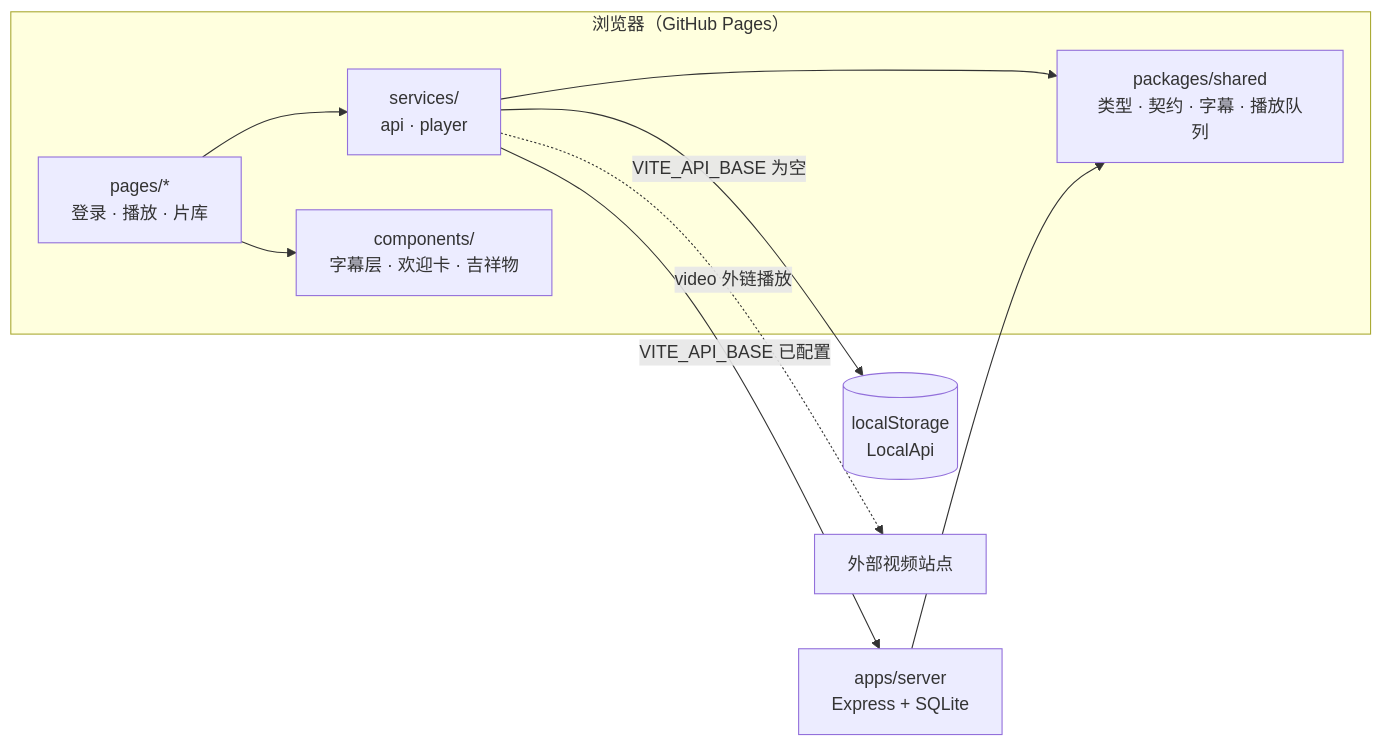
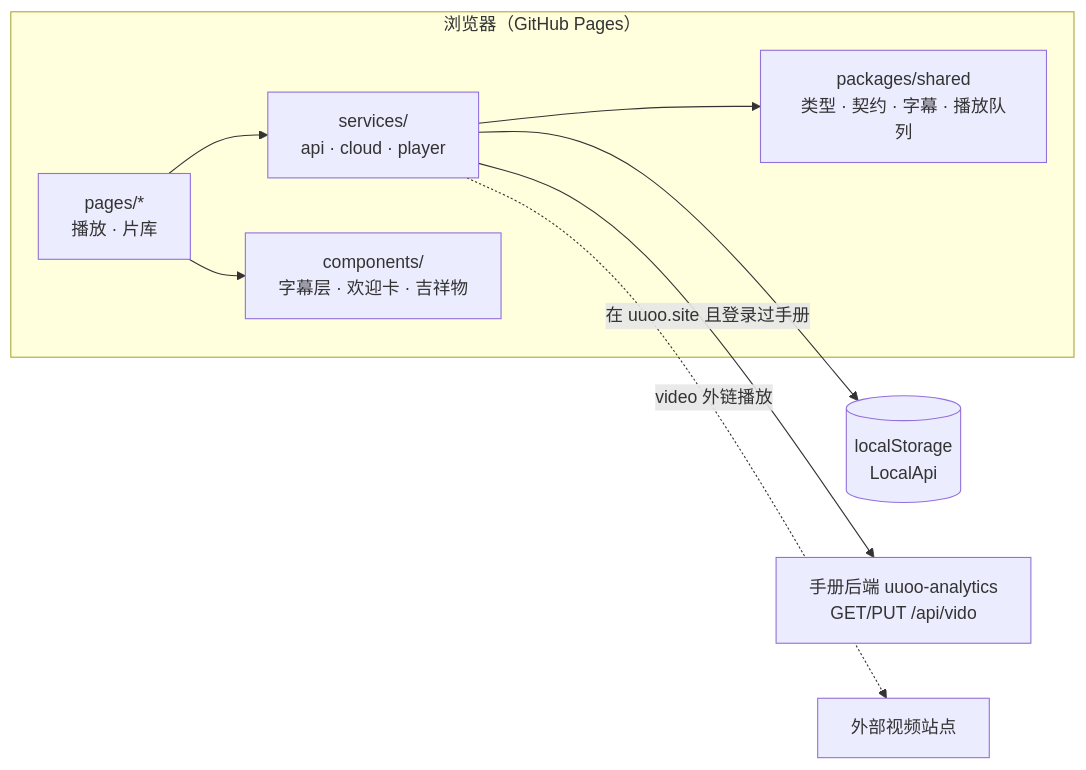
One commit to 717986230/rj-yy changed the diagram in docs/ARCHITECTURE.md. Above: the diagram before and after it, drawn with Mermaid. The commit also changed other lines of this file and 36 other files, not shown here.

First line of the commit message:
Vido 后端并入手册后端：删掉 apps/worker 和 apps/server，改为同步到手册账号

````diff
--- a/docs/ARCHITECTURE.md
+++ b/docs/ARCHITECTURE.md
@@ -5,12 +5,11 @@
 ```mermaid
 flowchart LR
   subgraph Browser["浏览器（GitHub Pages）"]
-    Pages["pages/*\n登录 · 播放 · 片库"] --> Services
-    Services["services/\napi · player"] --> Shared
+    Pages["pages/*\n播放 · 片库"] --> Services
+    Services["services/\napi · cloud · player"] --> Shared["packages/shared\n类型 · 契约 · 字幕 · 播放队列"]
     Pages --> Components["components/\n字幕层 · 欢迎卡 · 吉祥物"]
   end
-  Services -- "VITE_API_BASE 为空" --> Local[(localStorage\nLocalApi)]
-  Services -- "VITE_API_BASE 已配置" --> Server["apps/server\nExpress + SQLite"]
-  Server --> Shared["packages/shared\n类型 · 契约 · 字幕 · 播放队列"]
+  Services --> Local[(localStorage\nLocalApi)]
+  Services -- "在 uuoo.site 且登录过手册" --> Handbook["手册后端 uuoo-analytics\nGET/PUT /api/vido"]
   Services -. "video 外链播放" .-> CDN["外部视频站点"]
 ```
````
